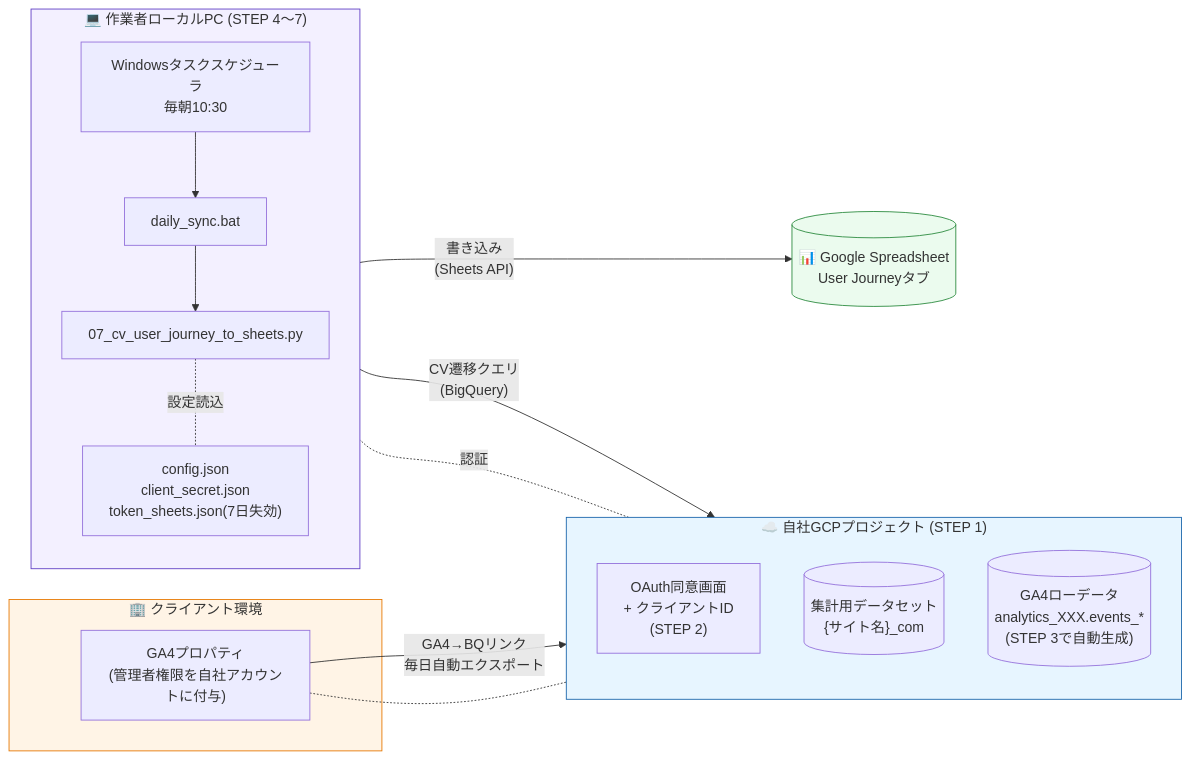
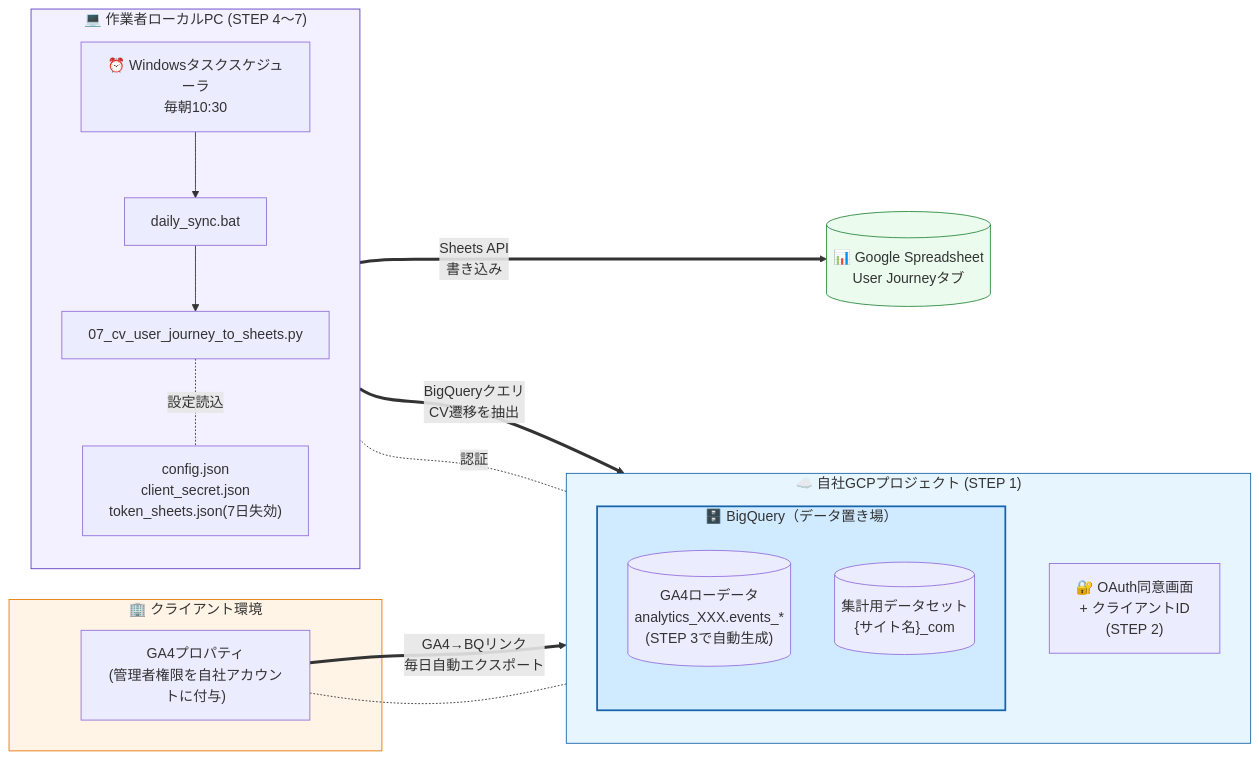
The first of 8 diagrams in tools/seo-dashboard/setup_guide_generic.md (itakura-t-hue/claude), drawn with Mermaid before and after one commit. The commit also changed other lines of this file, not shown here.

Commit message:
setup_guide_generic: 全体像図でBigQueryの位置を明示
GCPプロジェクト内にBigQueryのsubgraphを追加し、データセット2種（events_* / 集計用）を
BigQuery配下にネスト。データフロー矢印を太線(==>)化し、図下に「図の見方」注釈を追記。

````diff
--- a/tools/seo-dashboard/setup_guide_generic.md
+++ b/tools/seo-dashboard/setup_guide_generic.md
@@ -65,38 +65,43 @@
 ```mermaid
 flowchart LR
     subgraph Client["🏢 クライアント環境"]
         CGA4["GA4プロパティ<br/>(管理者権限を自社アカウントに付与)"]
     end
 
     subgraph GCP["☁️ 自社GCPプロジェクト (STEP 1)"]
         direction TB
-        OAUTH["OAuth同意画面<br/>+ クライアントID<br/>(STEP 2)"]
-        DS_AGG[("集計用データセット<br/>{サイト名}_com")]
-        DS_RAW[("GA4ローデータ<br/>analytics_XXX.events_*<br/>(STEP 3で自動生成)")]
+        OAUTH["🔐 OAuth同意画面<br/>+ クライアントID<br/>(STEP 2)"]
+
+        subgraph BQ["🗄️ BigQuery（データ置き場）"]
+            direction TB
+            DS_RAW[("GA4ローデータ<br/>analytics_XXX.events_*<br/>(STEP 3で自動生成)")]
+            DS_AGG[("集計用データセット<br/>{サイト名}_com")]
+        end
     end
 
     subgraph Local["💻 作業者ローカルPC (STEP 4〜7)"]
         direction TB
-        SCHED["Windowsタスクスケジューラ<br/>毎朝10:30"]
+        SCHED["⏰ Windowsタスクスケジューラ<br/>毎朝10:30"]
         BAT["daily_sync.bat"]
         PY["07_cv_user_journey_to_sheets.py"]
         FILES["config.json<br/>client_secret.json<br/>token_sheets.json(7日失効)"]
     end
 
     SHEET[("📊 Google Spreadsheet<br/>User Journeyタブ")]
 
-    CGA4 -- "GA4→BQリンク<br/>毎日自動エクスポート" --> DS_RAW
+    CGA4 == "GA4→BQリンク<br/>毎日自動エクスポート" ==> DS_RAW
     CGA4 -.- OAUTH
     OAUTH -.認証.- FILES
 
     SCHED --> BAT
     BAT --> PY
     PY -.設定読込.- FILES
-    PY -- "CV遷移クエリ<br/>(BigQuery)" --> DS_RAW
-    PY -- "書き込み<br/>(Sheets API)" --> SHEET
+    PY == "BigQueryクエリ<br/>CV遷移を抽出" ==> DS_RAW
+    PY == "Sheets API<br/>書き込み" ==> SHEET
 
     style Client fill:#fff4e6,stroke:#e67700
     style GCP fill:#e7f5ff,stroke:#1864ab
+    style BQ fill:#d0ebff,stroke:#1864ab,stroke-width:2px
     style Local fill:#f3f0ff,stroke:#5f3dc4
     style SHEET fill:#ebfbee,stroke:#2b8a3e
 ```
````
